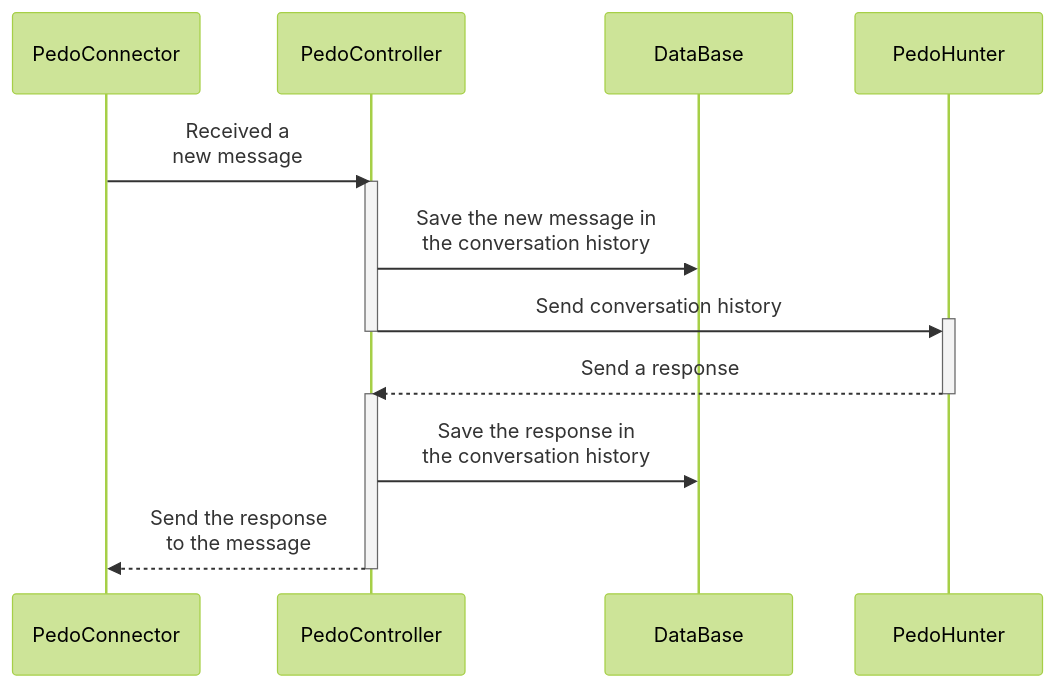
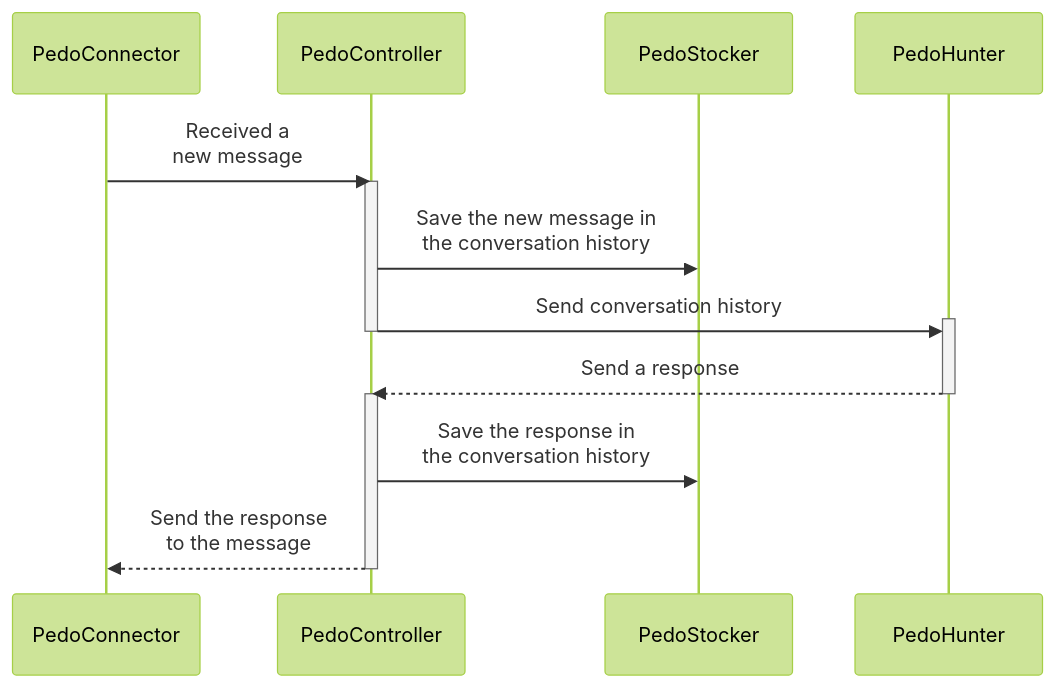
The second of 2 diagrams in PedoHunter/README.md (PedoPot/PedoDoc), drawn with Mermaid (forest theme) before and after one commit. The commit also changed other lines of this file and 3 other files, not shown here.

Commit message:
refactor: Renamed Database to PedoStocker

````diff
--- a/PedoHunter/README.md
+++ b/PedoHunter/README.md
@@ -33,13 +33,13 @@
 ```mermaid
 sequenceDiagram
     PedoConnector->>PedoController: Received a <br/>new message
     activate PedoController
-    PedoController->>DataBase: Save the new message in <br/>the conversation history
+    PedoController->>PedoStocker: Save the new message in <br/>the conversation history
     PedoController->>+PedoHunter: Send conversation history
     deactivate PedoController
     PedoHunter-->>-PedoController: Send a response
     activate PedoController
-    PedoController->>DataBase: Save the response in <br/>the conversation history
+    PedoController->>PedoStocker: Save the response in <br/>the conversation history
     PedoController-->>PedoConnector: Send the response <br/>to the message
     deactivate PedoController
 ```
````
